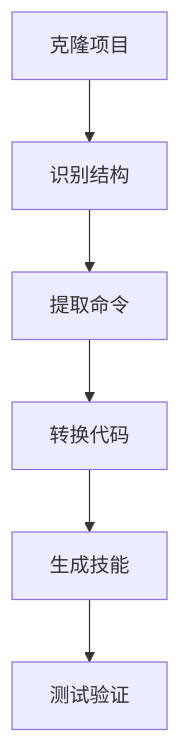
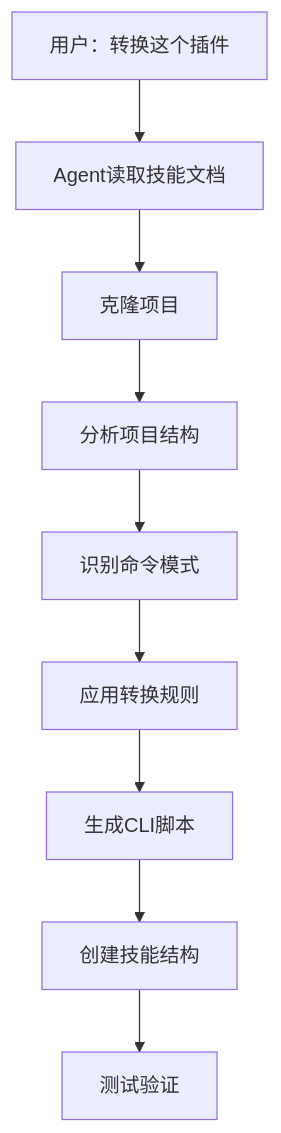
One commit to ssttkkl/ssttkkl-blog changed the diagram in source/_posts/2026-03-10-nonebot2-to-skill-conversion.md. Above: the diagram before and after it, drawn with Mermaid. The commit also changed other lines of this file, not shown here.

````diff
--- a/source/_posts/2026-03-10-nonebot2-to-skill-conversion.md
+++ b/source/_posts/2026-03-10-nonebot2-to-skill-conversion.md
@@ -18,8 +18,11 @@
 ```mermaid
 flowchart TD
-    A[克隆项目] --> B[识别结构]
-    B --> C[提取命令]
-    C --> D[转换代码]
-    D --> E[生成技能]
-    E --> F[测试验证]
+    A[用户：转换这个插件] --> B[Agent读取技能文档]
+    B --> C[克隆项目]
+    C --> D[分析项目结构]
+    D --> E[识别命令模式]
+    E --> F[应用转换规则]
+    F --> G[生成CLI脚本]
+    G --> H[创建技能结构]
+    H --> I[测试验证]
 ```
````
